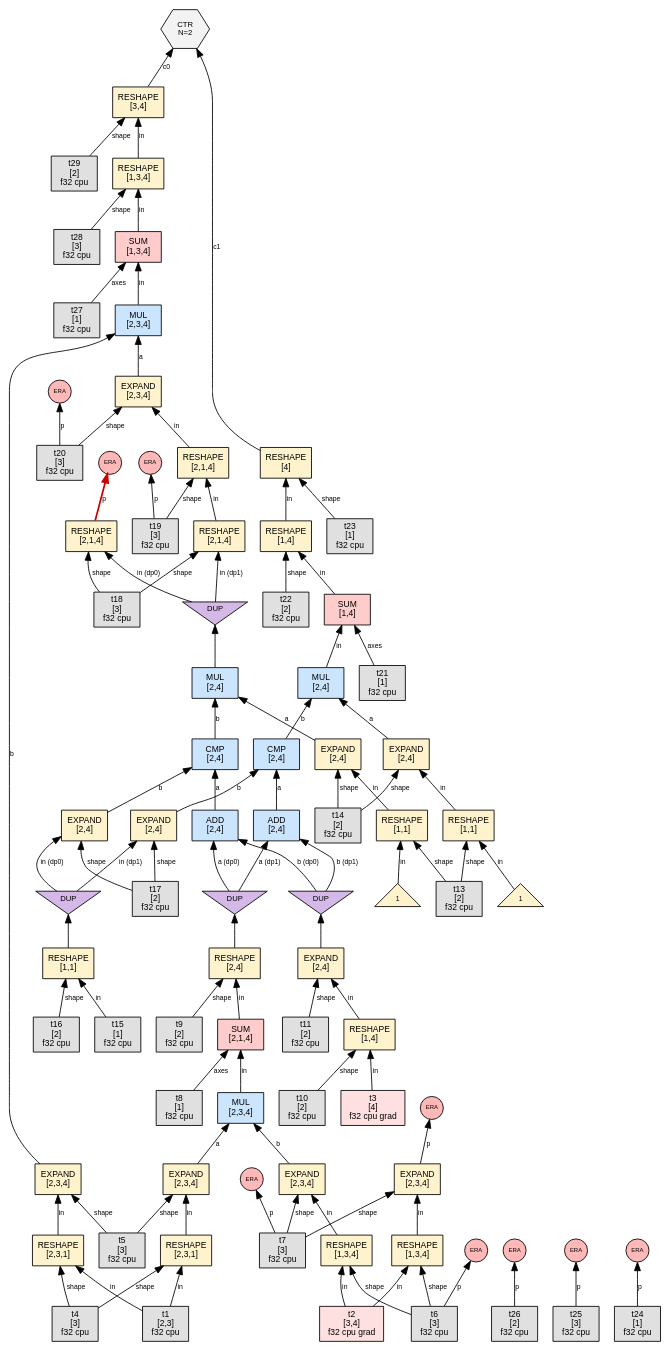
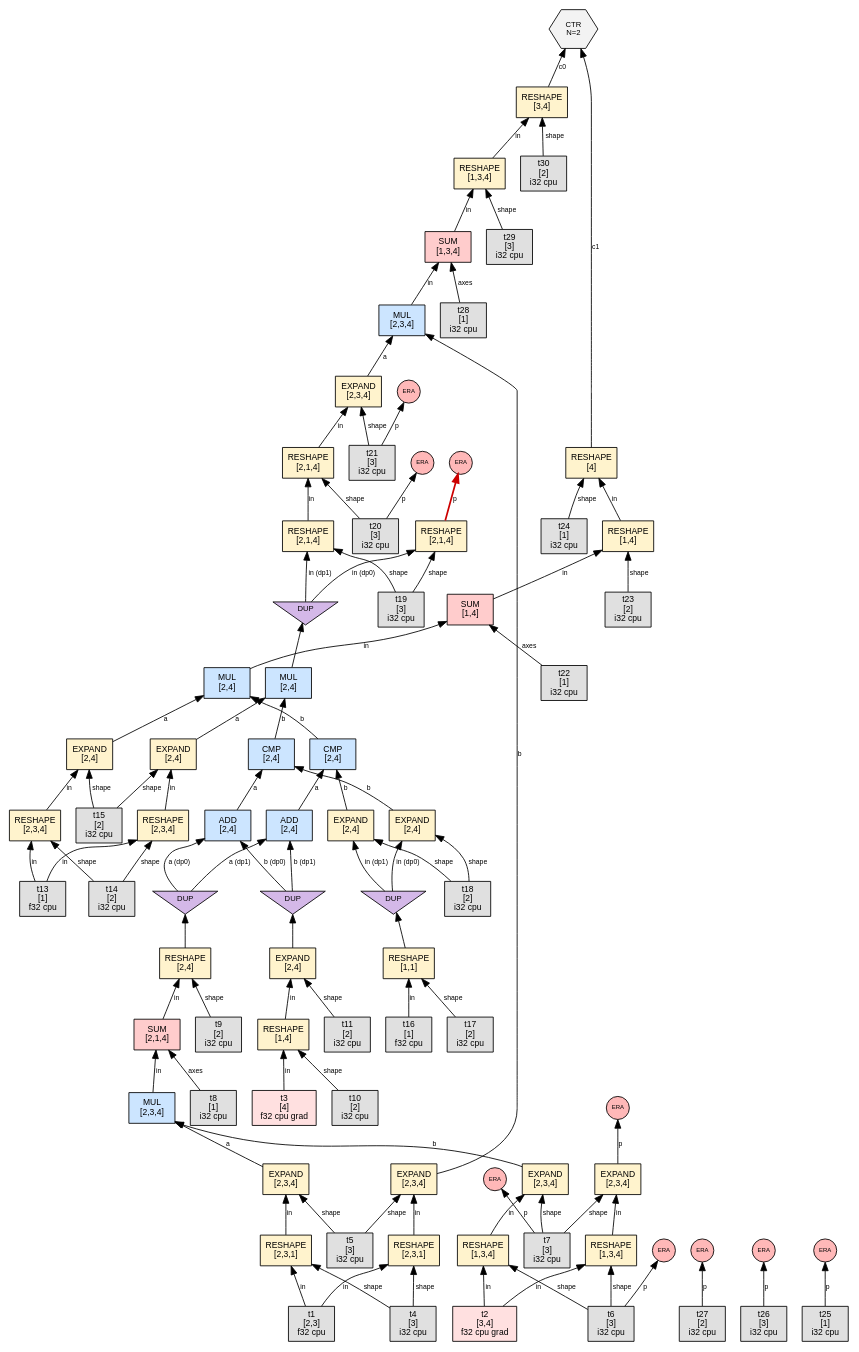
Before and after one commit to sw1sh/TinyHVM: the diagram in phase1_graphs/tiny_linear_bias_keep/step_054_interact_DP0.dot, drawn with Graphviz. The commit also changed 448 other files, not shown here.

First line of the commit message:
test: refresh archived phase graphs

```diff
--- a/phase1_graphs/tiny_linear_bias_keep/step_054_interact_DP0.dot
+++ b/phase1_graphs/tiny_linear_bias_keep/step_054_interact_DP0.dot
@@ -1,178 +1,177 @@
 digraph G {
   // PREV_INTERACTION: interact_DP0
   // NEXT_INTERACTION: interact_era_on_RESHAPE
   rankdir=BT;
   node [fontname="Helvetica", fontsize=10, style=filled, shape=box, margin="0.1,0.05"];
   edge [fontsize=8, fontname="Helvetica"];
 
   n267 [label="RESHAPE\n[3,4]", shape=box, fillcolor="#fff3cd"];
   n251 -> n267 [label="in"];
-  t29 [label="t29\n[2]\nf32 cpu",shape=box,fillcolor="#e0e0e0"];
-  t29 -> n267 [label="shape"];
+  t30 [label="t30\n[2]\ni32 cpu",shape=box,fillcolor="#e0e0e0"];
+  t30 -> n267 [label="shape"];
   n173 [label="RESHAPE\n[4]", shape=box, fillcolor="#fff3cd"];
   n161 -> n173 [label="in"];
-  t23 [label="t23\n[1]\nf32 cpu",shape=box,fillcolor="#e0e0e0"];
-  t23 -> n173 [label="shape"];
+  t24 [label="t24\n[1]\ni32 cpu",shape=box,fillcolor="#e0e0e0"];
+  t24 -> n173 [label="shape"];
   ctr52 [label="CTR\nN=2", shape=hexagon, fillcolor="#f3f3f3", fontsize=9];
   n267 -> ctr52 [label="c0"];
   n173 -> ctr52 [label="c1"];
   n68 [label="RESHAPE\n[1,1]", shape=box, fillcolor="#fff3cd"];
-  t15 [label="t15\n[1]\nf32 cpu",shape=box,fillcolor="#e0e0e0"];
-  t15 -> n68 [label="in"];
-  t16 [label="t16\n[2]\nf32 cpu",shape=box,fillcolor="#e0e0e0"];
-  t16 -> n68 [label="shape"];
+  t16 [label="t16\n[1]\nf32 cpu",shape=box,fillcolor="#e0e0e0"];
+  t16 -> n68 [label="in"];
+  t17 [label="t17\n[2]\ni32 cpu",shape=box,fillcolor="#e0e0e0"];
+  t17 -> n68 [label="shape"];
   n95 [label="RESHAPE\n[2,4]", shape=box, fillcolor="#fff3cd"];
   n119 -> n95 [label="in"];
-  t9 [label="t9\n[2]\nf32 cpu",shape=box,fillcolor="#e0e0e0"];
+  t9 [label="t9\n[2]\ni32 cpu",shape=box,fillcolor="#e0e0e0"];
   t9 -> n95 [label="shape"];
   n100 [label="EXPAND\n[2,4]", shape=box, fillcolor="#fff3cd"];
   n167 -> n100 [label="in"];
-  t11 [label="t11\n[2]\nf32 cpu",shape=box,fillcolor="#e0e0e0"];
+  t11 [label="t11\n[2]\ni32 cpu",shape=box,fillcolor="#e0e0e0"];
   t11 -> n100 [label="shape"];
   n119 [label="SUM\n[2,1,4]", shape=box, fillcolor="#ffcccc"];
   n136 -> n119 [label="in"];
-  t8 [label="t8\n[1]\nf32 cpu",shape=box,fillcolor="#e0e0e0"];
+  t8 [label="t8\n[1]\ni32 cpu",shape=box,fillcolor="#e0e0e0"];
   t8 -> n119 [label="axes"];
   n167 [label="RESHAPE\n[1,4]", shape=box, fillcolor="#fff3cd"];
   t3 [label="t3\n[4]\nf32 cpu grad",shape=box,fillcolor="#ffe0e0"];
   t3 -> n167 [label="in"];
-  t10 [label="t10\n[2]\nf32 cpu",shape=box,fillcolor="#e0e0e0"];
+  t10 [label="t10\n[2]\ni32 cpu",shape=box,fillcolor="#e0e0e0"];
   t10 -> n167 [label="shape"];
   n179 [label="EXPAND\n[2,4]", shape=box, fillcolor="#fff3cd"];
   n273 -> n179 [label="in"];
-  t14 [label="t14\n[2]\nf32 cpu",shape=box,fillcolor="#e0e0e0"];
-  t14 -> n179 [label="shape"];
+  t15 [label="t15\n[2]\ni32 cpu",shape=box,fillcolor="#e0e0e0"];
+  t15 -> n179 [label="shape"];
   n184 [label="CMP\n[2,4]", shape=box, fillcolor="#cce5ff"];
   n277 -> n184 [label="a"];
   n283 -> n184 [label="b"];
   n181 [label="EXPAND\n[2,4]", shape=box, fillcolor="#fff3cd"];
   n275 -> n181 [label="in"];
-  t14 -> n181 [label="shape"];
+  t15 -> n181 [label="shape"];
   n186 [label="CMP\n[2,4]", shape=box, fillcolor="#cce5ff"];
   n279 -> n186 [label="a"];
   n285 -> n186 [label="b"];
   n105 [label="MUL\n[2,4]", shape=box, fillcolor="#cce5ff"];
   n179 -> n105 [label="a"];
   n184 -> n105 [label="b"];
   n136 [label="MUL\n[2,3,4]", shape=box, fillcolor="#cce5ff"];
   n190 -> n136 [label="a"];
   n195 -> n136 [label="b"];
   n190 [label="EXPAND\n[2,3,4]", shape=box, fillcolor="#fff3cd"];
   n227 -> n190 [label="in"];
-  t5 [label="t5\n[3]\nf32 cpu",shape=box,fillcolor="#e0e0e0"];
+  t5 [label="t5\n[3]\ni32 cpu",shape=box,fillcolor="#e0e0e0"];
   t5 -> n190 [label="shape"];
   n195 [label="EXPAND\n[2,3,4]", shape=box, fillcolor="#fff3cd"];
   n257 -> n195 [label="in"];
-  t7 [label="t7\n[3]\nf32 cpu",shape=box,fillcolor="#e0e0e0"];
+  t7 [label="t7\n[3]\ni32 cpu",shape=box,fillcolor="#e0e0e0"];
   t7 -> n195 [label="shape"];
   n205 [label="EXPAND\n[2,3,4]", shape=box, fillcolor="#fff3cd"];
   n261 -> n205 [label="in"];
   t7 -> n205 [label="shape"];
   n202 [label="EXPAND\n[2,3,4]", shape=box, fillcolor="#fff3cd"];
   n290 -> n202 [label="in"];
-  t20 [label="t20\n[3]\nf32 cpu",shape=box,fillcolor="#e0e0e0"];
-  t20 -> n202 [label="shape"];
+  t21 [label="t21\n[3]\ni32 cpu",shape=box,fillcolor="#e0e0e0"];
+  t21 -> n202 [label="shape"];
   n212 [label="EXPAND\n[2,3,4]", shape=box, fillcolor="#fff3cd"];
   n233 -> n212 [label="in"];
   t5 -> n212 [label="shape"];
   n107 [label="MUL\n[2,4]", shape=box, fillcolor="#cce5ff"];
   n181 -> n107 [label="a"];
   n186 -> n107 [label="b"];
   n157 [label="SUM\n[1,4]", shape=box, fillcolor="#ffcccc"];
   n107 -> n157 [label="in"];
-  t21 [label="t21\n[1]\nf32 cpu",shape=box,fillcolor="#e0e0e0"];
-  t21 -> n157 [label="axes"];
+  t22 [label="t22\n[1]\ni32 cpu",shape=box,fillcolor="#e0e0e0"];
+  t22 -> n157 [label="axes"];
   n161 [label="RESHAPE\n[1,4]", shape=box, fillcolor="#fff3cd"];
   n157 -> n161 [label="in"];
-  t22 [label="t22\n[2]\nf32 cpu",shape=box,fillcolor="#e0e0e0"];
-  t22 -> n161 [label="shape"];
-  n273 [label="RESHAPE\n[1,1]", shape=box, fillcolor="#fff3cd"];
-  num273_0 [label="1",shape=triangle,fillcolor="#fff2cc",fontsize=8];
-  num273_0 -> n273 [label="in"];
-  t13 [label="t13\n[2]\nf32 cpu",shape=box,fillcolor="#e0e0e0"];
-  t13 -> n273 [label="shape"];
-  n275 [label="RESHAPE\n[1,1]", shape=box, fillcolor="#fff3cd"];
-  num275_0 [label="1",shape=triangle,fillcolor="#fff2cc",fontsize=8];
-  num275_0 -> n275 [label="in"];
-  t13 -> n275 [label="shape"];
+  t23 [label="t23\n[2]\ni32 cpu",shape=box,fillcolor="#e0e0e0"];
+  t23 -> n161 [label="shape"];
+  n273 [label="RESHAPE\n[2,3,4]", shape=box, fillcolor="#fff3cd"];
+  t13 [label="t13\n[1]\nf32 cpu",shape=box,fillcolor="#e0e0e0"];
+  t13 -> n273 [label="in"];
+  t14 [label="t14\n[2]\ni32 cpu",shape=box,fillcolor="#e0e0e0"];
+  t14 -> n273 [label="shape"];
+  n275 [label="RESHAPE\n[2,3,4]", shape=box, fillcolor="#fff3cd"];
+  t13 -> n275 [label="in"];
+  t14 -> n275 [label="shape"];
   n277 [label="ADD\n[2,4]", shape=box, fillcolor="#cce5ff"];
   dup281 [label="DUP", shape=invtriangle, fillcolor="#d4b8e8", fontsize=9, width=0.7, height=0.5];
   n95 -> dup281;
   dup281 -> n277 [label="a (dp0)"];
   dup282 [label="DUP", shape=invtriangle, fillcolor="#d4b8e8", fontsize=9, width=0.7, height=0.5];
   n100 -> dup282;
   dup282 -> n277 [label="b (dp0)"];
   n283 [label="EXPAND\n[2,4]", shape=box, fillcolor="#fff3cd"];
   dup287 [label="DUP", shape=invtriangle, fillcolor="#d4b8e8", fontsize=9, width=0.7, height=0.5];
   n68 -> dup287;
   dup287 -> n283 [label="in (dp0)"];
-  t17 [label="t17\n[2]\nf32 cpu",shape=box,fillcolor="#e0e0e0"];
-  t17 -> n283 [label="shape"];
+  t18 [label="t18\n[2]\ni32 cpu",shape=box,fillcolor="#e0e0e0"];
+  t18 -> n283 [label="shape"];
   n279 [label="ADD\n[2,4]", shape=box, fillcolor="#cce5ff"];
   dup281 -> n279 [label="a (dp1)"];
   dup282 -> n279 [label="b (dp1)"];
   n285 [label="EXPAND\n[2,4]", shape=box, fillcolor="#fff3cd"];
   dup287 -> n285 [label="in (dp1)"];
-  t17 -> n285 [label="shape"];
+  t18 -> n285 [label="shape"];
   n227 [label="RESHAPE\n[2,3,1]", shape=box, fillcolor="#fff3cd"];
   t1 [label="t1\n[2,3]\nf32 cpu",shape=box,fillcolor="#e0e0e0"];
   t1 -> n227 [label="in"];
-  t4 [label="t4\n[3]\nf32 cpu",shape=box,fillcolor="#e0e0e0"];
+  t4 [label="t4\n[3]\ni32 cpu",shape=box,fillcolor="#e0e0e0"];
   t4 -> n227 [label="shape"];
   n257 [label="RESHAPE\n[1,3,4]", shape=box, fillcolor="#fff3cd"];
   t2 [label="t2\n[3,4]\nf32 cpu grad",shape=box,fillcolor="#ffe0e0"];
   t2 -> n257 [label="in"];
-  t6 [label="t6\n[3]\nf32 cpu",shape=box,fillcolor="#e0e0e0"];
+  t6 [label="t6\n[3]\ni32 cpu",shape=box,fillcolor="#e0e0e0"];
   t6 -> n257 [label="shape"];
   n290 [label="RESHAPE\n[2,1,4]", shape=box, fillcolor="#fff3cd"];
   n307 -> n290 [label="in"];
-  t19 [label="t19\n[3]\nf32 cpu",shape=box,fillcolor="#e0e0e0"];
-  t19 -> n290 [label="shape"];
+  t20 [label="t20\n[3]\ni32 cpu",shape=box,fillcolor="#e0e0e0"];
+  t20 -> n290 [label="shape"];
   n261 [label="RESHAPE\n[1,3,4]", shape=box, fillcolor="#fff3cd"];
   t2 -> n261 [label="in"];
   t6 -> n261 [label="shape"];
   n233 [label="RESHAPE\n[2,3,1]", shape=box, fillcolor="#fff3cd"];
   t1 -> n233 [label="in"];
   t4 -> n233 [label="shape"];
   n305 [label="RESHAPE\n[2,1,4]", shape=box, fillcolor="#fff3cd"];
   dup309 [label="DUP", shape=invtriangle, fillcolor="#d4b8e8", fontsize=9, width=0.7, height=0.5];
   n105 -> dup309;
   dup309 -> n305 [label="in (dp0)"];
-  t18 [label="t18\n[3]\nf32 cpu",shape=box,fillcolor="#e0e0e0"];
-  t18 -> n305 [label="shape"];
+  t19 [label="t19\n[3]\ni32 cpu",shape=box,fillcolor="#e0e0e0"];
+  t19 -> n305 [label="shape"];
   era244 [label="ERA",shape=circle,width=0.38,height=0.38,fixedsize=true,fillcolor="#ffb8b8",fontsize=7];
   n305 -> era244 [label="p",color="#cc0000",penwidth=2.0];
   era246 [label="ERA",shape=circle,width=0.38,height=0.38,fixedsize=true,fillcolor="#ffb8b8",fontsize=7];
   t7 -> era246 [label="p"];
   n147 [label="MUL\n[2,3,4]", shape=box, fillcolor="#cce5ff"];
   n202 -> n147 [label="a"];
   n212 -> n147 [label="b"];
   n247 [label="SUM\n[1,3,4]", shape=box, fillcolor="#ffcccc"];
   n147 -> n247 [label="in"];
-  t27 [label="t27\n[1]\nf32 cpu",shape=box,fillcolor="#e0e0e0"];
-  t27 -> n247 [label="axes"];
+  t28 [label="t28\n[1]\ni32 cpu",shape=box,fillcolor="#e0e0e0"];
+  t28 -> n247 [label="axes"];
   era266 [label="ERA",shape=circle,width=0.38,height=0.38,fixedsize=true,fillcolor="#ffb8b8",fontsize=7];
   t6 -> era266 [label="p"];
   n251 [label="RESHAPE\n[1,3,4]", shape=box, fillcolor="#fff3cd"];
   n247 -> n251 [label="in"];
-  t28 [label="t28\n[3]\nf32 cpu",shape=box,fillcolor="#e0e0e0"];
-  t28 -> n251 [label="shape"];
+  t29 [label="t29\n[3]\ni32 cpu",shape=box,fillcolor="#e0e0e0"];
+  t29 -> n251 [label="shape"];
   n307 [label="RESHAPE\n[2,1,4]", shape=box, fillcolor="#fff3cd"];
   dup309 -> n307 [label="in (dp1)"];
-  t18 -> n307 [label="shape"];
+  t19 -> n307 [label="shape"];
   era294 [label="ERA",shape=circle,width=0.38,height=0.38,fixedsize=true,fillcolor="#ffb8b8",fontsize=7];
-  t26 [label="t26\n[2]\nf32 cpu",shape=box,fillcolor="#e0e0e0"];
-  t26 -> era294 [label="p"];
+  t27 [label="t27\n[2]\ni32 cpu",shape=box,fillcolor="#e0e0e0"];
+  t27 -> era294 [label="p"];
   era296 [label="ERA",shape=circle,width=0.38,height=0.38,fixedsize=true,fillcolor="#ffb8b8",fontsize=7];
-  t25 [label="t25\n[3]\nf32 cpu",shape=box,fillcolor="#e0e0e0"];
-  t25 -> era296 [label="p"];
+  t26 [label="t26\n[3]\ni32 cpu",shape=box,fillcolor="#e0e0e0"];
+  t26 -> era296 [label="p"];
   era298 [label="ERA",shape=circle,width=0.38,height=0.38,fixedsize=true,fillcolor="#ffb8b8",fontsize=7];
-  t24 [label="t24\n[1]\nf32 cpu",shape=box,fillcolor="#e0e0e0"];
-  t24 -> era298 [label="p"];
+  t25 [label="t25\n[1]\ni32 cpu",shape=box,fillcolor="#e0e0e0"];
+  t25 -> era298 [label="p"];
   era300 [label="ERA",shape=circle,width=0.38,height=0.38,fixedsize=true,fillcolor="#ffb8b8",fontsize=7];
   n205 -> era300 [label="p"];
   era302 [label="ERA",shape=circle,width=0.38,height=0.38,fixedsize=true,fillcolor="#ffb8b8",fontsize=7];
-  t20 -> era302 [label="p"];
+  t21 -> era302 [label="p"];
   era304 [label="ERA",shape=circle,width=0.38,height=0.38,fixedsize=true,fillcolor="#ffb8b8",fontsize=7];
-  t19 -> era304 [label="p"];
+  t20 -> era304 [label="p"];
 }
```
